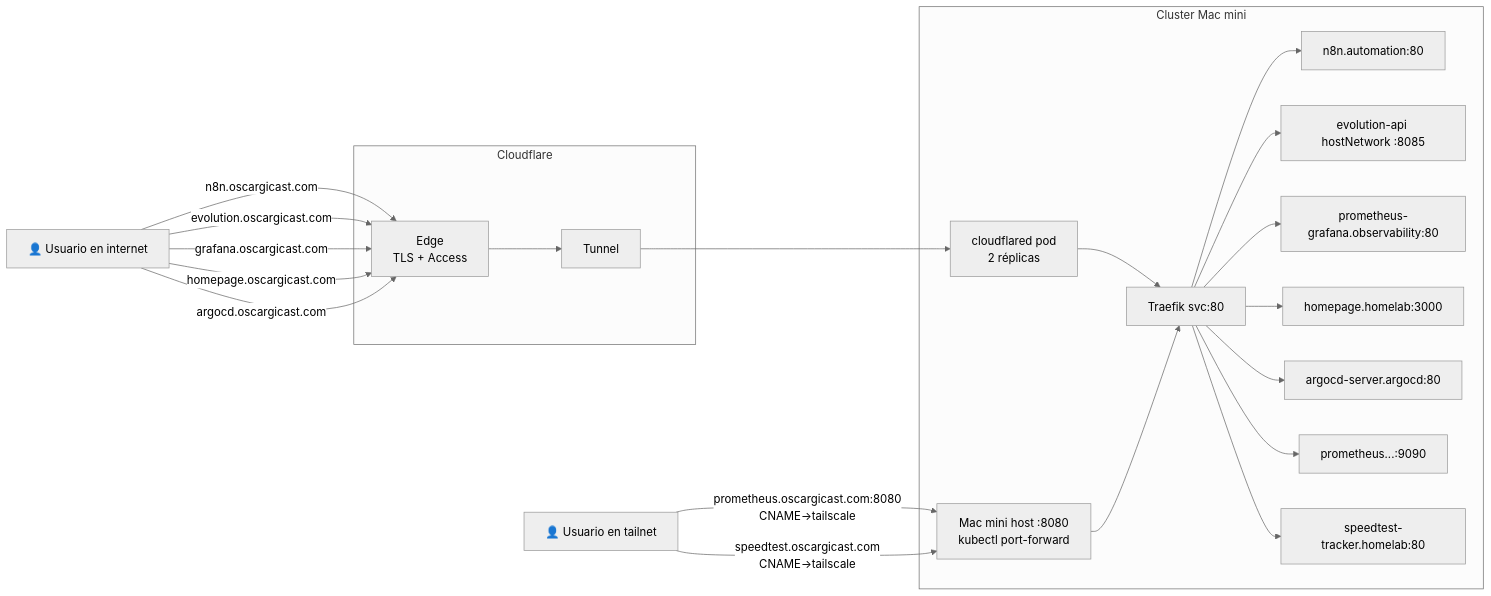
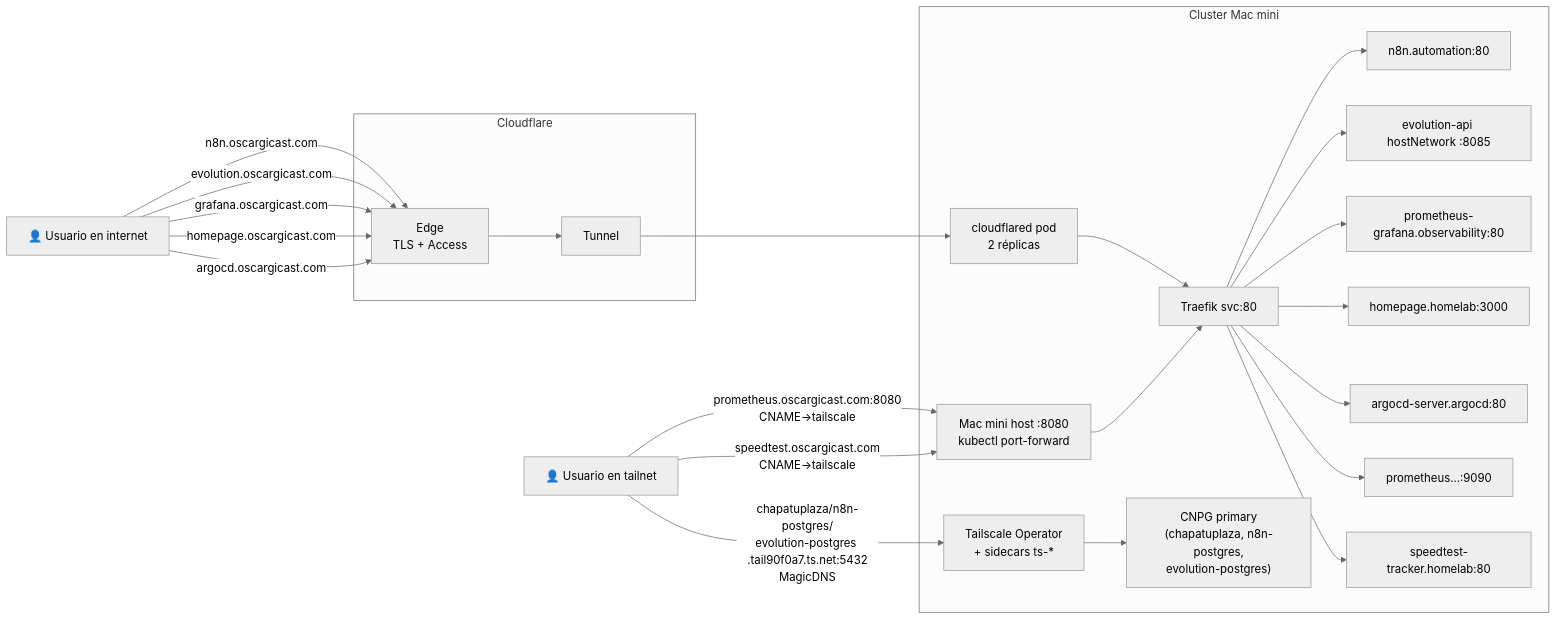
Before and after one commit to oscargicast/homelab-k8s: the second of 2 diagrams in README.md, drawn with Mermaid (neutral theme). The commit also changed other lines of this file and 1 other file, not shown here.

First line of the commit message:
docs: sync CLAUDE.md y README con chapatuplaza + tailscale operator

````diff
--- a/README.md
+++ b/README.md
@@ -29,43 +30,48 @@
 ```mermaid
 graph LR
     USR_EXT["👤 Usuario en internet"]
     USR_INT["👤 Usuario en tailnet"]
 
     subgraph CF["Cloudflare"]
         EDGE["Edge<br/>TLS + Access"]
         TUNNEL["Tunnel"]
     end
 
     subgraph CLUSTER["Cluster Mac mini"]
         CFD["cloudflared pod<br/>2 réplicas"]
         TRA["Traefik svc:80"]
         PF8080["Mac mini host :8080<br/>kubectl port-forward"]
         N8N["n8n.automation:80"]
         EVO["evolution-api hostNetwork :8085"]
         GRA["prometheus-grafana.observability:80"]
         HOM["homepage.homelab:3000"]
         ARGO["argocd-server.argocd:80"]
         PROM["prometheus...:9090"]
         SPD["speedtest-tracker.homelab:80"]
+        TS["Tailscale Operator<br/>+ sidecars ts-*"]
+        DBS["CNPG primary<br/>(chapatuplaza, n8n-postgres,<br/>evolution-postgres)"]
     end
 
     USR_EXT -->|n8n.oscargicast.com| EDGE
     USR_EXT -->|evolution.oscargicast.com| EDGE
     USR_EXT -->|grafana.oscargicast.com| EDGE
     USR_EXT -->|homepage.oscargicast.com| EDGE
     USR_EXT -->|argocd.oscargicast.com| EDGE
     EDGE --> TUNNEL
     TUNNEL --> CFD
     CFD --> TRA
     TRA --> N8N
     TRA --> EVO
     TRA --> GRA
     TRA --> HOM
     TRA --> ARGO
 
     USR_INT -->|prometheus.oscargicast.com:8080<br/>CNAME→tailscale| PF8080
     USR_INT -->|speedtest.oscargicast.com<br/>CNAME→tailscale| PF8080
     PF8080 --> TRA
     TRA --> PROM
     TRA --> SPD
+
+    USR_INT -->|chapatuplaza/n8n-postgres/<br/>evolution-postgres .tail90f0a7.ts.net:5432<br/>MagicDNS| TS
+    TS --> DBS
 ```
````
